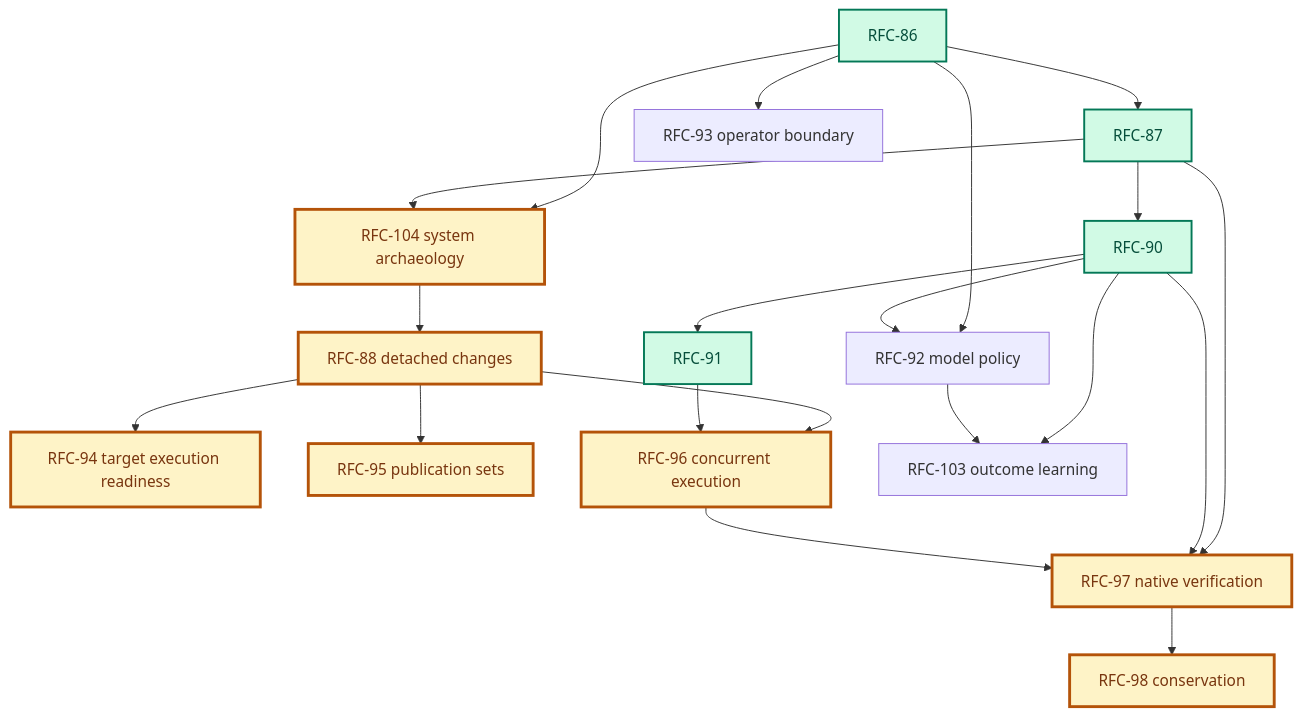
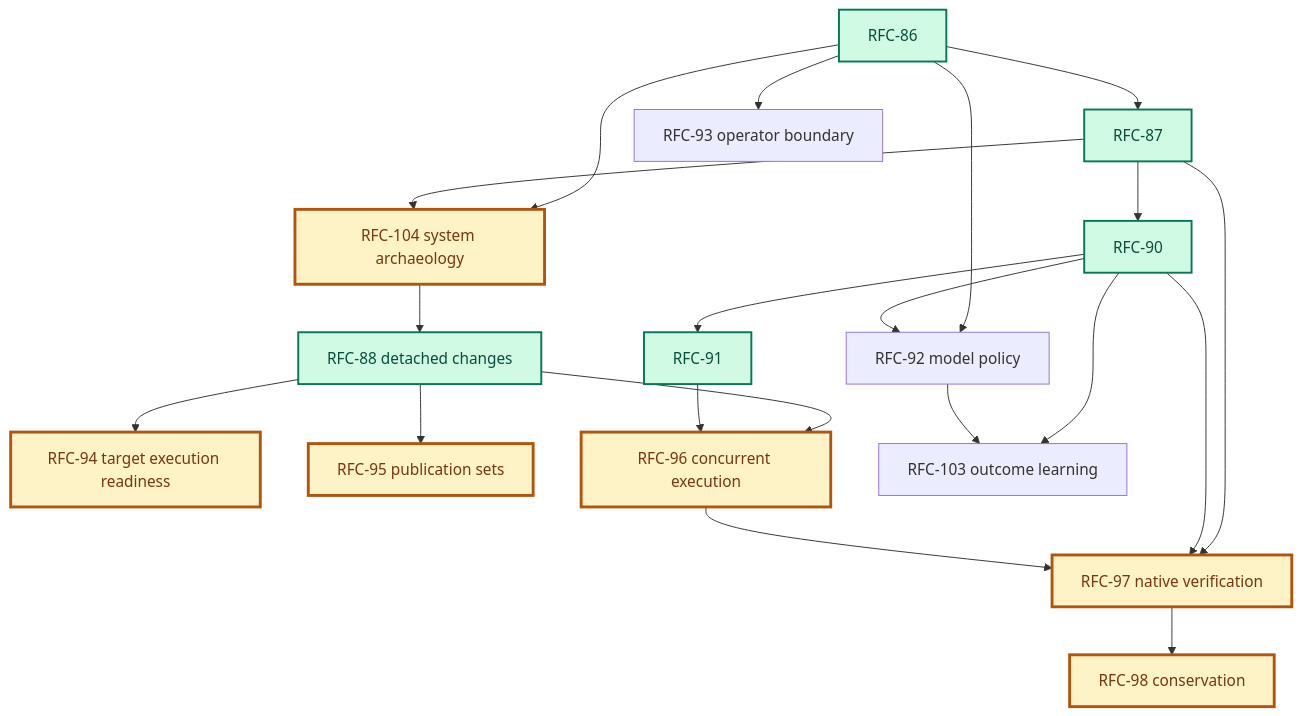
One commit to augentic/anvil changed the diagram in rfcs/platform.md. Above: the diagram before and after it, drawn with Mermaid. The commit also changed other lines of this file and 42 other files, not shown here.

````diff
--- a/rfcs/platform.md
+++ b/rfcs/platform.md
@@ -43,27 +43,27 @@
 ```mermaid
 flowchart TD
     R86[RFC-86] --> R87[RFC-87]
     R86 --> R104[RFC-104 system archaeology]
     R86 --> R92[RFC-92 model policy]
     R86 --> R93[RFC-93 operator boundary]
     R87 --> R104
     R104 --> R88[RFC-88 detached changes]
     R87 --> R90[RFC-90]
     R90 --> R91[RFC-91]
     R90 --> R92
     R87 --> R97[RFC-97 native verification]
     R90 --> R97
     R88 --> R94[RFC-94 target execution readiness]
     R88 --> R95[RFC-95 publication sets]
     R88 --> R96[RFC-96 concurrent execution]
     R91 --> R96
     R96 --> R97
     R97 --> R98[RFC-98 conservation]
     R90 --> R103[RFC-103 outcome learning]
     R92 --> R103
 
     classDef done fill:#d1fae5,stroke:#047857,color:#064e3b,stroke-width:2px
     classDef critical fill:#fef3c7,stroke:#b45309,color:#78350f,stroke-width:3px
-    class R86,R87,R90,R91 done
-    class R104,R88,R94,R95,R96,R97,R98 critical
+    class R86,R87,R88,R90,R91 done
+    class R104,R94,R95,R96,R97,R98 critical
 ```
````
